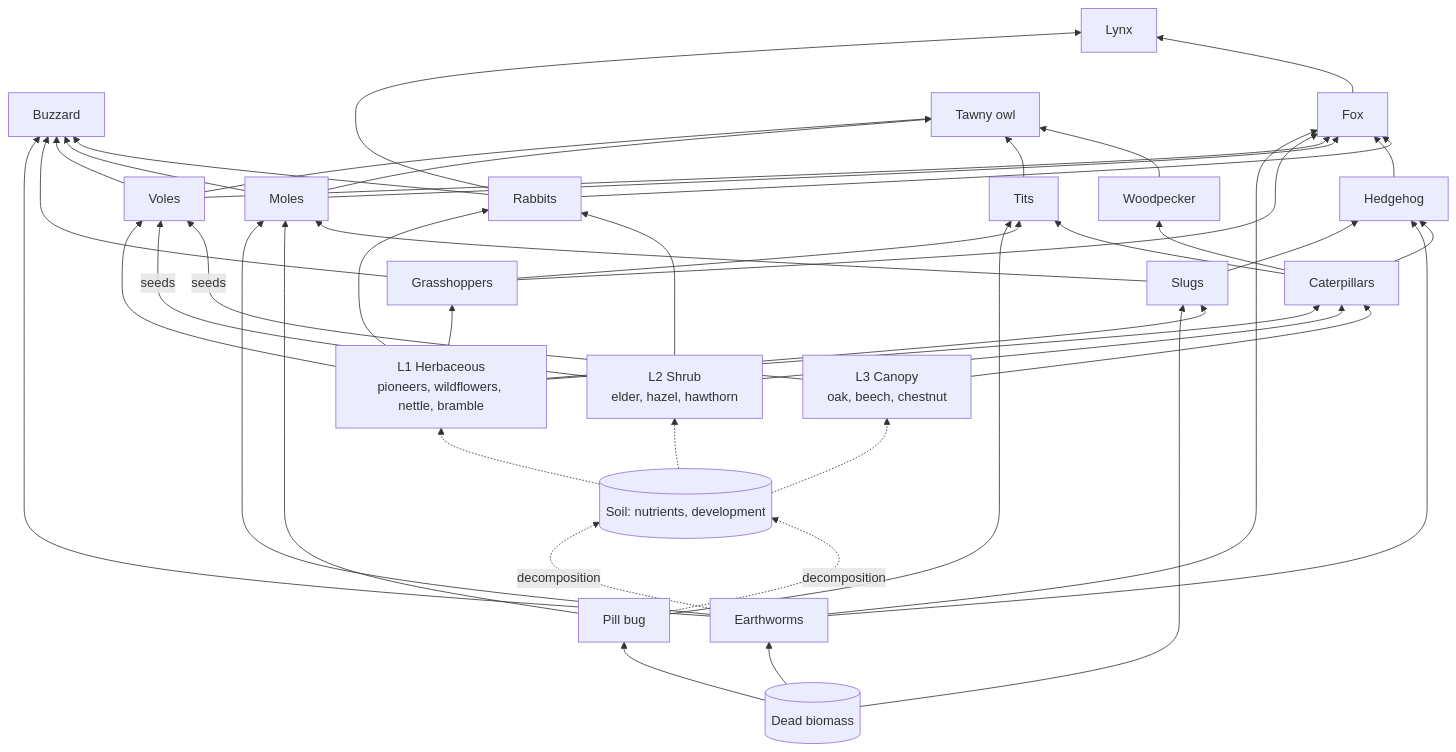
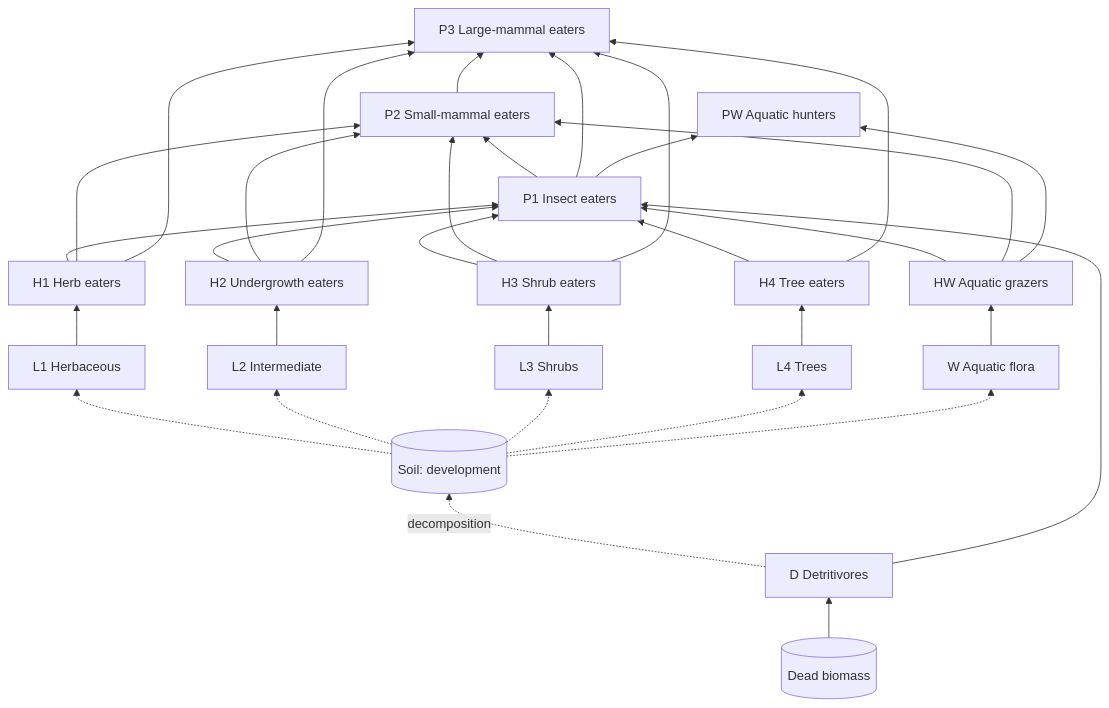
The diagram in data/gamerules.md (NathanProvin/EcoClash), drawn with Mermaid before and after one commit. The commit also changed other lines of this file and 36 other files, not shown here.

````diff
--- a/data/gamerules.md
+++ b/data/gamerules.md
@@ -256,40 +221,33 @@
 ```mermaid
 graph BT
   DEAD[(Dead biomass)]
-  SOIL[(Soil: nutrients, development)]
-  L1[L1 Herbaceous<br/>pioneers, wildflowers, nettle, bramble]
-  L2[L2 Shrub<br/>elder, hazel, hawthorn]
-  L3[L3 Canopy<br/>oak, beech, chestnut]
-  EW[Earthworms]
-  PB[Pill bug]
-  SL[Slugs]
-  GH[Grasshoppers]
-  CA[Caterpillars]
-  VO[Voles]
-  MO[Moles]
-  HH[Hedgehog]
-  RA[Rabbits]
-  TI[Tits]
-  WP[Woodpecker]
-  BU[Buzzard]
-  FO[Fox]
-  OW[Tawny owl]
-  LY[Lynx]
+  SOIL[(Soil: development)]
+  L1[L1 Herbaceous]
+  L2[L2 Intermediate]
+  L3[L3 Shrubs]
+  L4[L4 Trees]
+  W[W Aquatic flora]
+  D[D Detritivores]
+  H1[H1 Herb eaters]
+  H2[H2 Undergrowth eaters]
+  H3[H3 Shrub eaters]
+  H4[H4 Tree eaters]
+  HW[HW Aquatic grazers]
+  P1[P1 Insect eaters]
+  P2[P2 Small-mammal eaters]
+  P3[P3 Large-mammal eaters]
+  PW[PW Aquatic hunters]
 
-  DEAD --> EW & PB & SL
-  EW & PB -.->|decomposition| SOIL
-  SOIL -.-> L1 & L2 & L3
-  L1 --> SL & GH & VO & RA & CA
-  L2 --> CA & RA
-  L3 --> CA
-  L2 & L3 -->|seeds| VO
-  EW & PB & SL --> MO
-  SL & EW & CA --> HH
-  PB & GH & CA --> TI
-  CA --> WP
-  EW & GH & VO & MO & RA --> BU
-  EW & GH & VO & MO & HH & RA --> FO
-  VO & MO & TI & WP --> OW
-  RA & FO --> LY
-
+  DEAD --> D
+  D -.->|decomposition| SOIL
+  SOIL -.-> L1 & L2 & L3 & L4 & W
+  L1 --> H1
+  L2 --> H2
+  L3 --> H3
+  L4 --> H4
+  W --> HW
+  H1 & H2 & H3 & H4 & HW & D --> P1
+  H1 & H2 & H3 & HW & P1 --> P2
+  H1 & H2 & H3 & H4 & P1 & P2 --> P3
+  HW & P1 --> PW
 ```
````
